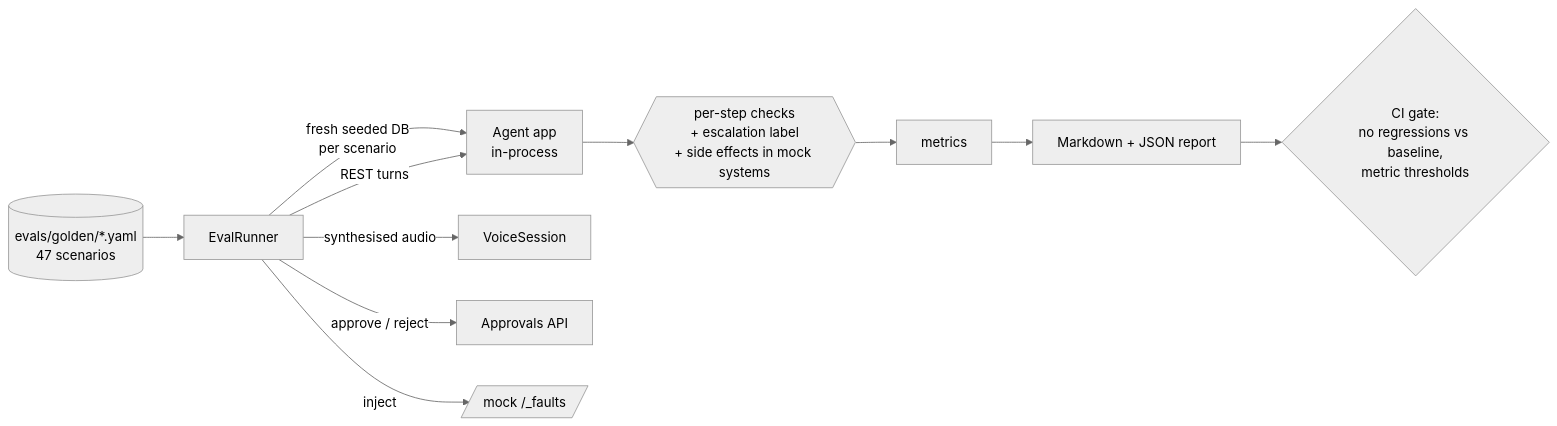
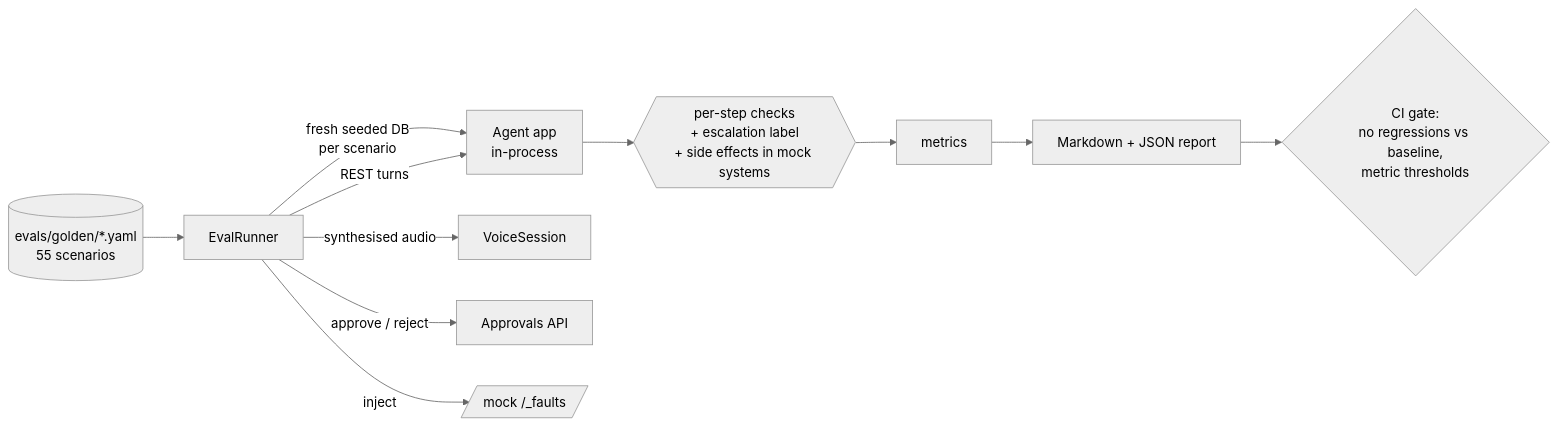
Before and after one commit to Sthonem/voiceops-fde-sandbox: the fifth of 7 diagrams in docs/architecture.md, drawn with Mermaid (neutral theme). The commit also changed 6 other files, not shown here.

````diff
--- a/docs/architecture.md
+++ b/docs/architecture.md
@@ -176,12 +176,12 @@
 ```mermaid
 flowchart LR
-    yaml[(evals/golden/*.yaml<br/>47 scenarios)] --> runner[EvalRunner]
+    yaml[(evals/golden/*.yaml<br/>55 scenarios)] --> runner[EvalRunner]
     runner -->|fresh seeded DB<br/>per scenario| app[Agent app<br/>in-process]
     runner -->|REST turns| app
     runner -->|synthesised audio| voice[VoiceSession]
     runner -->|approve / reject| appr[Approvals API]
     runner -->|inject| faults[/mock /_faults/]
     app --> checks{{per-step checks<br/>+ escalation label<br/>+ side effects in mock systems}}
     checks --> metrics[metrics] --> report[Markdown + JSON report]
     report --> gate{CI gate:<br/>no regressions vs baseline,<br/>metric thresholds}
 ```
````
